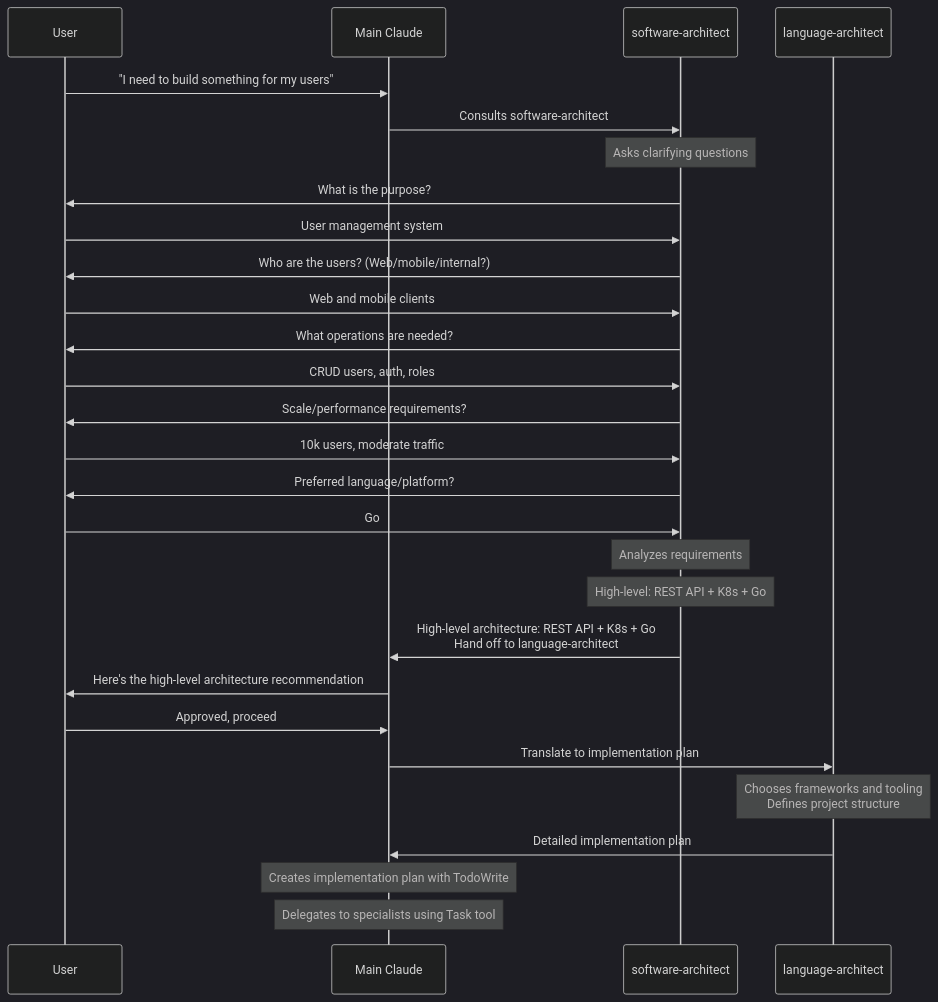
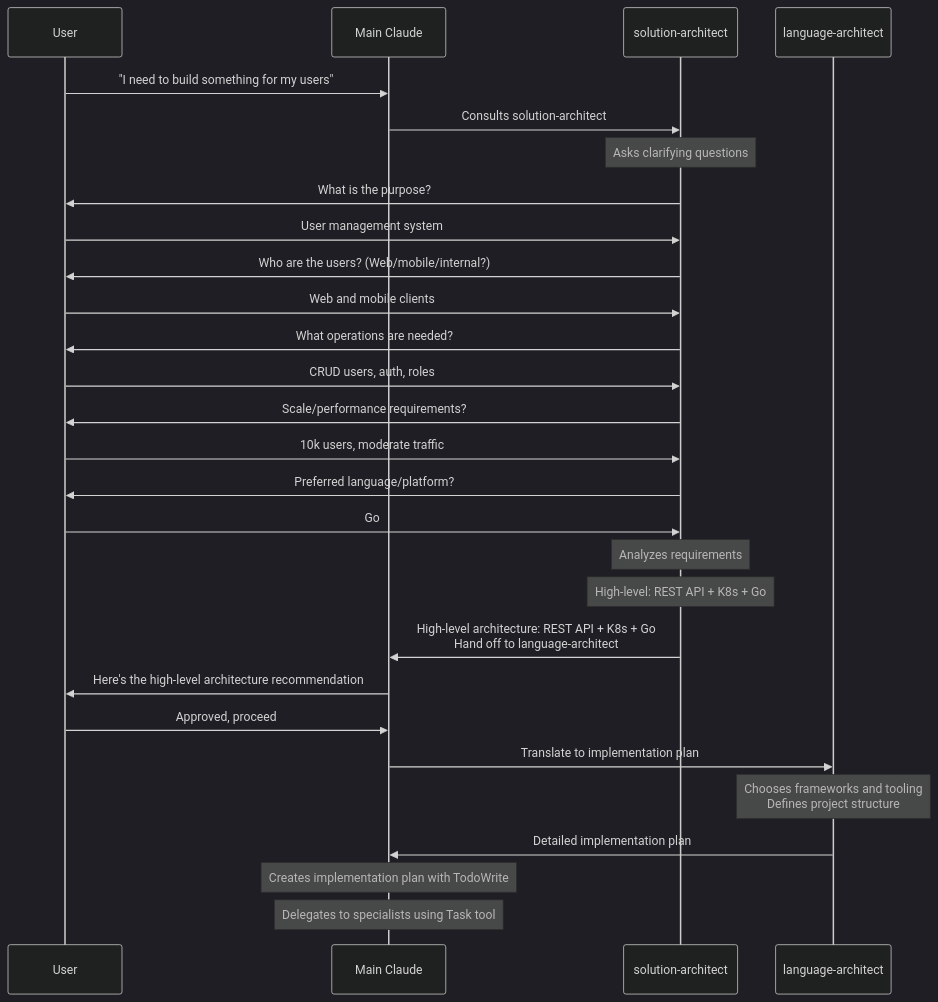
One commit to twistingmercury/claude-code-setup changed the second of 10 diagrams in agents/ABOUT-THE-AGENTS.md. Above: the diagram before and after it, drawn with Mermaid (dark theme). The commit also changed other lines of this file and 20 other files, not shown here.

````diff
--- a/agents/ABOUT-THE-AGENTS.md
+++ b/agents/ABOUT-THE-AGENTS.md
@@ -316,42 +66,42 @@
 ```mermaid
 sequenceDiagram
 participant User
 participant Main as Main Claude
-participant SoftArch as software-architect
+participant SoftArch as solution-architect
 participant LangArch as language-architect
 
     User->>Main: "I need to build something for my users"
-    Main->>SoftArch: Consults software-architect
+    Main->>SoftArch: Consults solution-architect
 
     Note over SoftArch: Asks clarifying questions
 
     SoftArch->>User: What is the purpose?
     User->>SoftArch: User management system
 
     SoftArch->>User: Who are the users? (Web/mobile/internal?)
     User->>SoftArch: Web and mobile clients
 
     SoftArch->>User: What operations are needed?
     User->>SoftArch: CRUD users, auth, roles
 
     SoftArch->>User: Scale/performance requirements?
     User->>SoftArch: 10k users, moderate traffic
 
     SoftArch->>User: Preferred language/platform?
     User->>SoftArch: Go
 
     Note over SoftArch: Analyzes requirements
     Note over SoftArch: High-level: REST API + K8s + Go
 
     SoftArch->>Main: High-level architecture: REST API + K8s + Go<br/>Hand off to language-architect
     Main->>User: Here's the high-level architecture recommendation
     User->>Main: Approved, proceed
 
     Main->>LangArch: Translate to implementation plan
     Note over LangArch: Chooses frameworks and tooling<br/>Defines project structure
 
     LangArch->>Main: Detailed implementation plan
     Note over Main: Creates implementation plan with TodoWrite
     Note over Main: Delegates to specialists using Task tool
 
 ```
````
